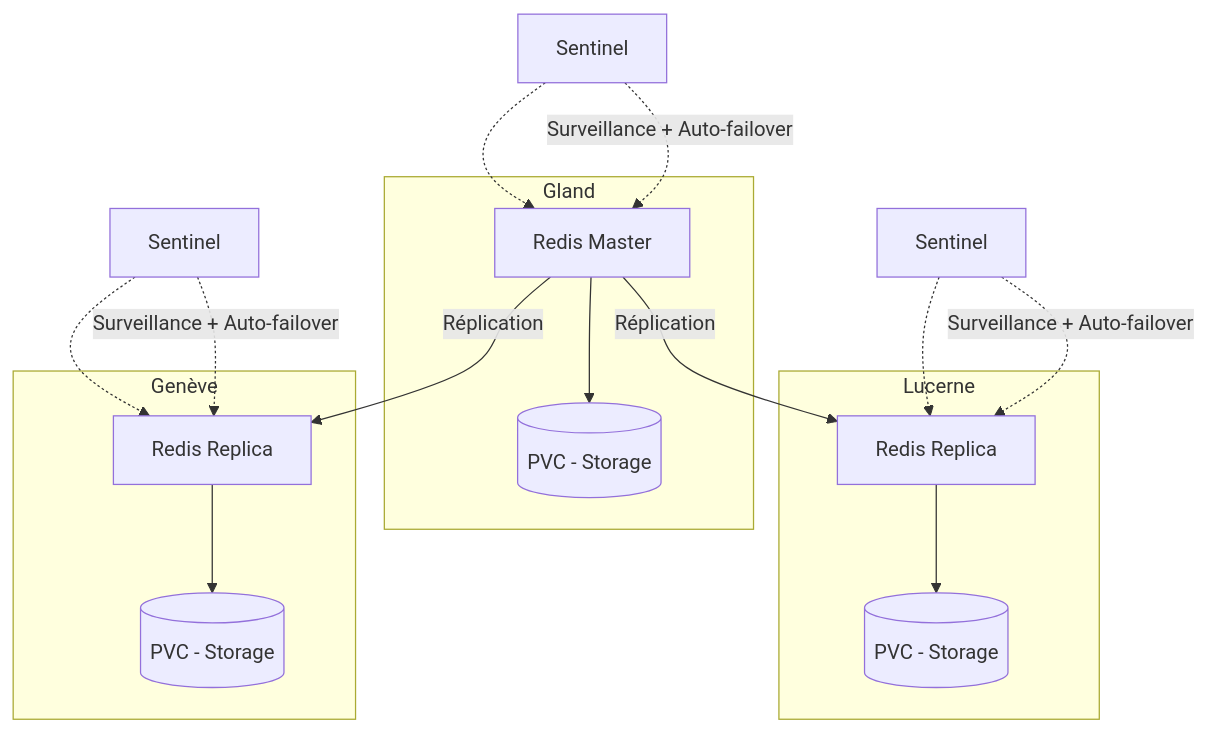
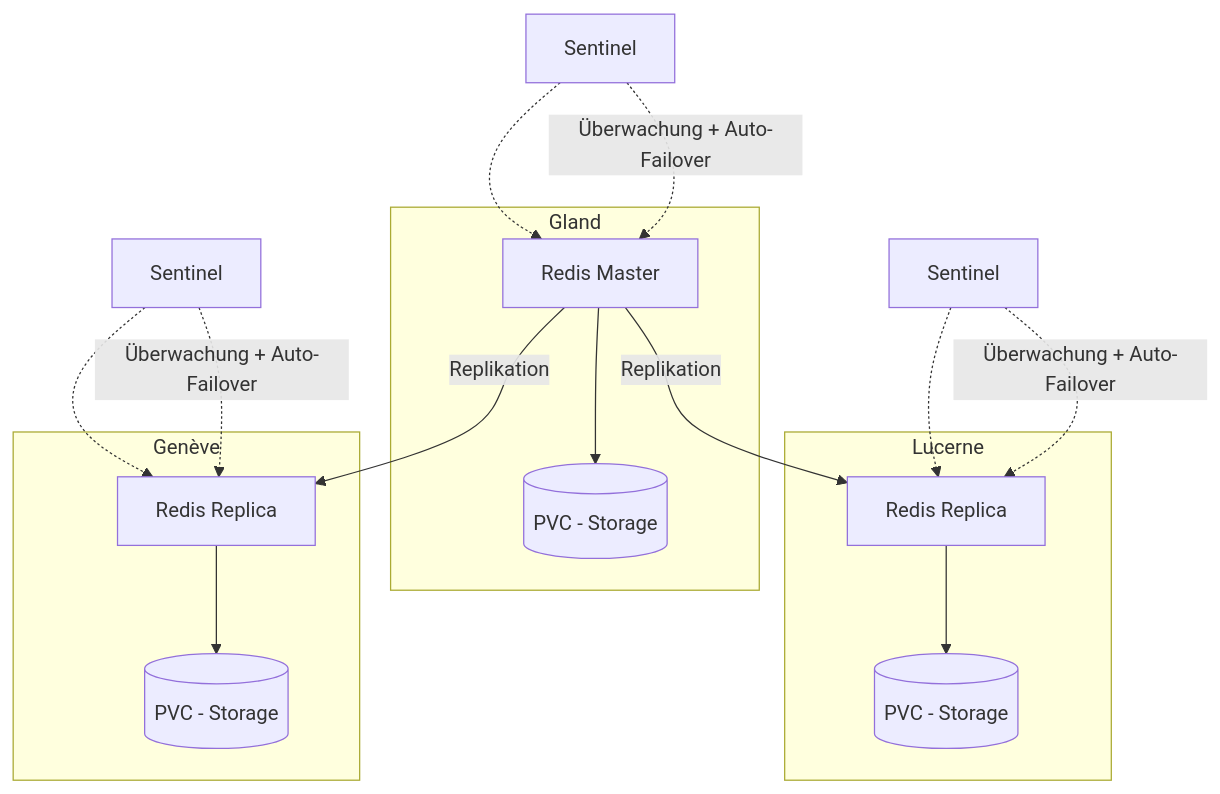
The diagram in i18n/de/docusaurus-plugin-content-docs/current/services/databases/redis/overview.md (HidoraSwiss/hikube-public-doc), drawn with Mermaid before and after one commit. The commit also changed other lines of this file and 121 other files, not shown here.

````diff
--- a/i18n/de/docusaurus-plugin-content-docs/current/services/databases/redis/overview.md
+++ b/i18n/de/docusaurus-plugin-content-docs/current/services/databases/redis/overview.md
@@ -45,26 +44,26 @@
 ```mermaid
 graph TD
     subgraph Gland
         M1[Redis Master] --> PVC1[(PVC - Storage)]
     end
 
     subgraph Lucerne
         R1[Redis Replica] --> PVC2[(PVC - Storage)]
     end
 
     subgraph Genève
         R2[Redis Replica] --> PVC3[(PVC - Storage)]
     end
 
     %% Sentinel Cluster
     S1[Sentinel] -.-> M1
     S2[Sentinel] -.-> R1
     S3[Sentinel] -.-> R2
 
-    M1 -->|Réplication| R1
-    M1 -->|Réplication| R2
+    M1 -->|Replikation| R1
+    M1 -->|Replikation| R2
 
-    S1 -.->|Surveillance + Auto-failover| M1
-    S2 -.->|Surveillance + Auto-failover| R1
-    S3 -.->|Surveillance + Auto-failover| R2
+    S1 -.->|Überwachung + Auto-Failover| M1
+    S2 -.->|Überwachung + Auto-Failover| R1
+    S3 -.->|Überwachung + Auto-Failover| R2
 ```
````
